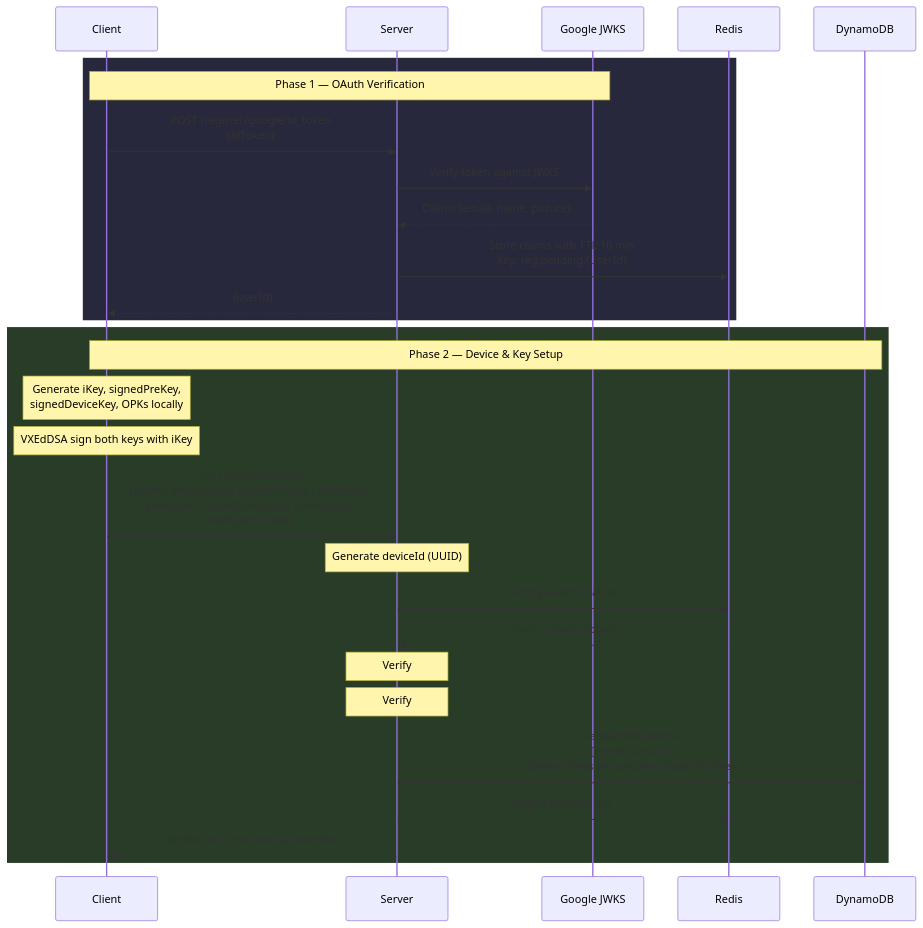
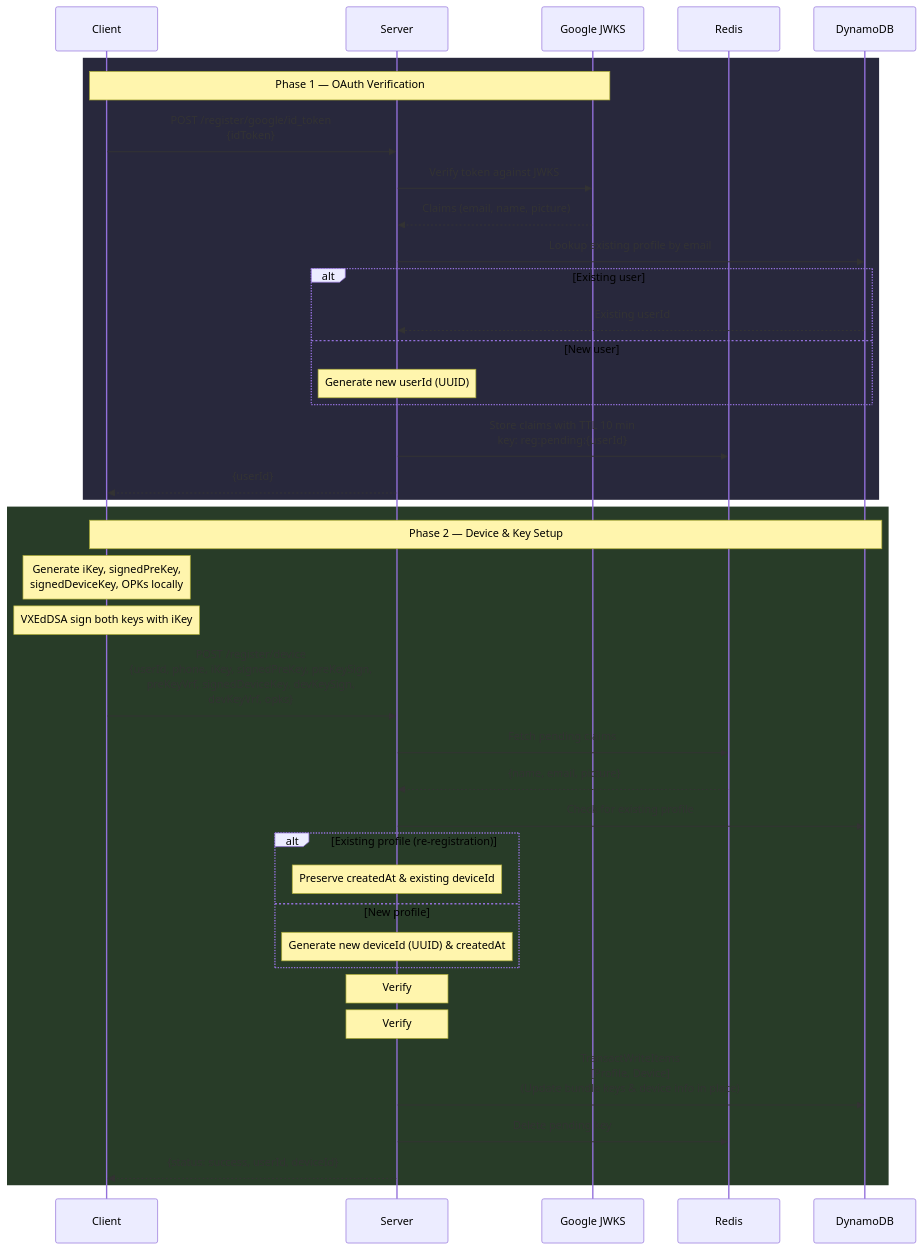
The first of 2 diagrams in docs/architecture.md (debarkamondal/khamoshchat-api), drawn with Mermaid before and after one commit. The commit also changed other lines of this file and 4 other files, not shown here.

Commit message:
feat: implement user re-registration and profile lookup by email to preserve device identifiers and metadata

````diff
--- a/docs/architecture.md
+++ b/docs/architecture.md
@@ -61,32 +61,43 @@
 ```mermaid
 sequenceDiagram
     participant C as Client
     participant S as Server
     participant G as Google JWKS
     participant R as Redis
     participant D as DynamoDB
 
     rect rgb(40, 40, 60)
     Note over C,G: Phase 1 — OAuth Verification
     C->>S: POST /register/google/id_token<br/>{idToken}
     S->>G: Verify token against JWKS
     G-->>S: Claims (email, name, picture)
+    S->>D: Lookup existing profile by email
+    alt Existing user
+        D-->>S: Existing userId
+    else New user
+        Note over S: Generate new userId (UUID)
+    end
     S->>R: Store claims with TTL 10 min<br/>key: reg:pending:{userId}
     S-->>C: {userId}
     end
 
     rect rgb(40, 60, 40)
     Note over C,D: Phase 2 — Device & Key Setup
     Note over C: Generate iKey, signedPreKey,<br/>signedDeviceKey, OPKs locally
     Note over C: VXEdDSA sign both keys with iKey
     C->>S: POST /register/device<br/>{userId, phone, iKey, signedPreKey, preKeySign,<br/>preKeyVrf, signedDeviceKey, devKeySign,<br/>devKeyVrf, opks}
-    Note over S: Generate deviceId (UUID)
     S->>R: Fetch pending claims
     R-->>S: {name, email, picture}
+    S->>D: Check for existing profile
+    alt Existing profile (re-registration)
+        Note over S: Preserve createdAt & existing deviceId
+    else New profile
+        Note over S: Generate new deviceId (UUID) & createdAt
+    end
     Note over S: Verify #1: signedPreKey sig + VRF
     Note over S: Verify #2: signedDeviceKey sig + VRF
-    S->>D: TransactWriteItems<br/>[Profile, Device]<br/>(Device fields consolidated inside Profile)
+    S->>D: TransactWriteItems<br/>[Profile, Device]<br/>(Update bundle keys & device info in place)
     S->>R: Delete pending key
     S-->>C: {status: success, userId, deviceId}
     end
 ```
````
